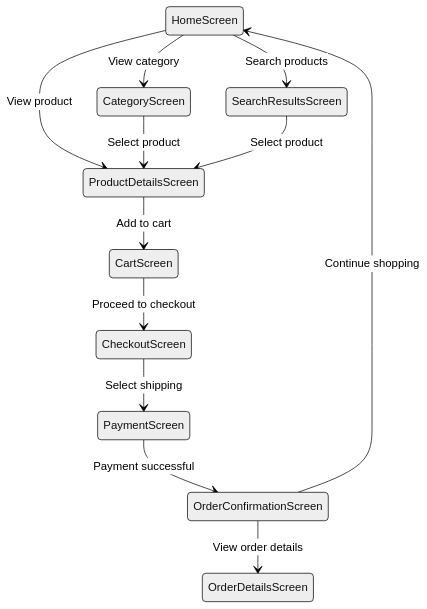
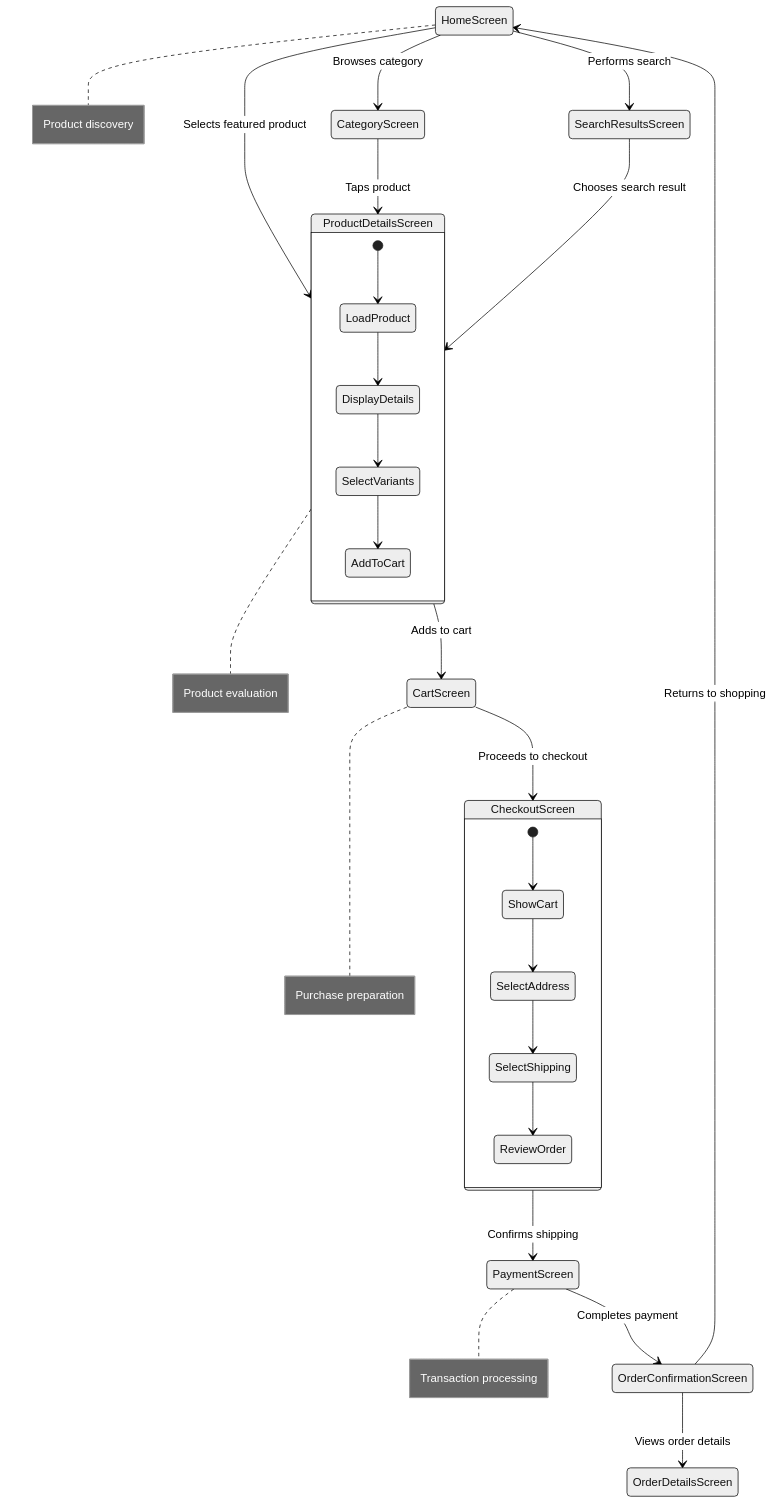
Before and after one commit to GeniusSystems24/genius_store: the third of 4 diagrams in lib/presentation/screens/README.md, drawn with Mermaid (neutral theme). The commit also changed other lines of this file and 60 other files, not shown here.

Commit message:
- add animations to diagrams.

````diff
--- a/lib/presentation/screens/README.md
+++ b/lib/presentation/screens/README.md
@@ -74,14 +103,33 @@
 ```mermaid
 stateDiagram-v2
-    HomeScreen --> CategoryScreen: View category
-    HomeScreen --> SearchResultsScreen: Search products
-    HomeScreen --> ProductDetailsScreen: View product
-    CategoryScreen --> ProductDetailsScreen: Select product
-    SearchResultsScreen --> ProductDetailsScreen: Select product
-    ProductDetailsScreen --> CartScreen: Add to cart
-    CartScreen --> CheckoutScreen: Proceed to checkout
-    CheckoutScreen --> PaymentScreen: Select shipping
-    PaymentScreen --> OrderConfirmationScreen: Payment successful
-    OrderConfirmationScreen --> HomeScreen: Continue shopping
-    OrderConfirmationScreen --> OrderDetailsScreen: View order details
+    HomeScreen --> CategoryScreen: Browses category
+    HomeScreen --> SearchResultsScreen: Performs search
+    HomeScreen --> ProductDetailsScreen: Selects featured product
+    CategoryScreen --> ProductDetailsScreen: Taps product
+    SearchResultsScreen --> ProductDetailsScreen: Chooses search result
+    ProductDetailsScreen --> CartScreen: Adds to cart
+    CartScreen --> CheckoutScreen: Proceeds to checkout
+    CheckoutScreen --> PaymentScreen: Confirms shipping
+    PaymentScreen --> OrderConfirmationScreen: Completes payment
+    OrderConfirmationScreen --> HomeScreen: Returns to shopping
+    OrderConfirmationScreen --> OrderDetailsScreen: Views order details
+    
+    note right of HomeScreen: Product discovery
+    note right of ProductDetailsScreen: Product evaluation
+    note right of CartScreen: Purchase preparation
+    note right of PaymentScreen: Transaction processing
+    
+    state ProductDetailsScreen {
+        [*] --> LoadProduct
+        LoadProduct --> DisplayDetails
+        DisplayDetails --> SelectVariants
+        SelectVariants --> AddToCart
+    }
+    
+    state CheckoutScreen {
+        [*] --> ShowCart
+        ShowCart --> SelectAddress
+        SelectAddress --> SelectShipping
+        SelectShipping --> ReviewOrder
+    }
 ```
````
